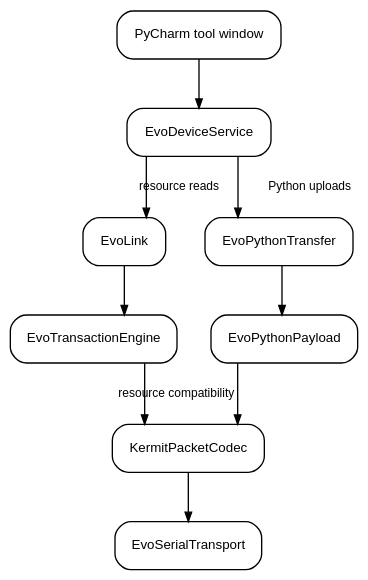
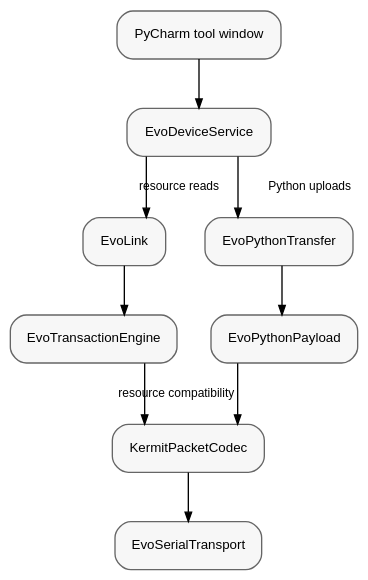
Before and after one commit to Inspyre-Softworks/ti84-evo-for-pycharm: the diagram in docs/protocol.rst, drawn with Graphviz. The commit also changed 2 other files, not shown here.

Commit message:
Switch docs theme to Furo and tweak styling
Update Sphinx docs to use the Furo theme, including keyboard navigation and custom brand colors for light/dark modes. Add support for custom static CSS files in `conf.py`, adjust protocol diagram node styling for better contrast, and add `furo` to docs requirements.

```diff
--- a/docs/protocol.rst
+++ b/docs/protocol.rst
@@ -7,56 +7,58 @@
 .. graphviz::
    :align: center
 
    digraph architecture {
        rankdir=TB;
        splines=ortho;
 
        graph [
            bgcolor="transparent",
            pad=0.25,
            nodesep=0.35,
            ranksep=0.5
        ];
 
        node [
            shape=box,
-           style="rounded",
+           style="rounded,filled",
+           fillcolor="#f7f7f7",
+           color="#666666",
            fontname="Arial",
            fontsize=10,
            margin="0.18,0.10"
        ];
 
        edge [
            fontname="Arial",
            fontsize=9,
            arrowsize=0.7
        ];
 
        tool [label="PyCharm tool window"];
        service [label="EvoDeviceService"];
 
        evolink [label="EvoLink"];
        python_transfer [label="EvoPythonTransfer"];
 
        transaction [label="EvoTransactionEngine"];
        python_payload [label="EvoPythonPayload"];
 
        codec [label="KermitPacketCodec"];
        transport [label="EvoSerialTransport"];
 
        tool -> service;
 
        service -> evolink [label="resource reads"];
        service -> python_transfer [label="Python uploads"];
 
        evolink -> transaction;
        python_transfer -> python_payload;
 
        transaction -> codec [label="resource compatibility"];
        python_payload -> codec;
 
        codec -> transport;
 
        { rank = same; evolink; python_transfer; }
        { rank = same; transaction; python_payload; }
    }
```
